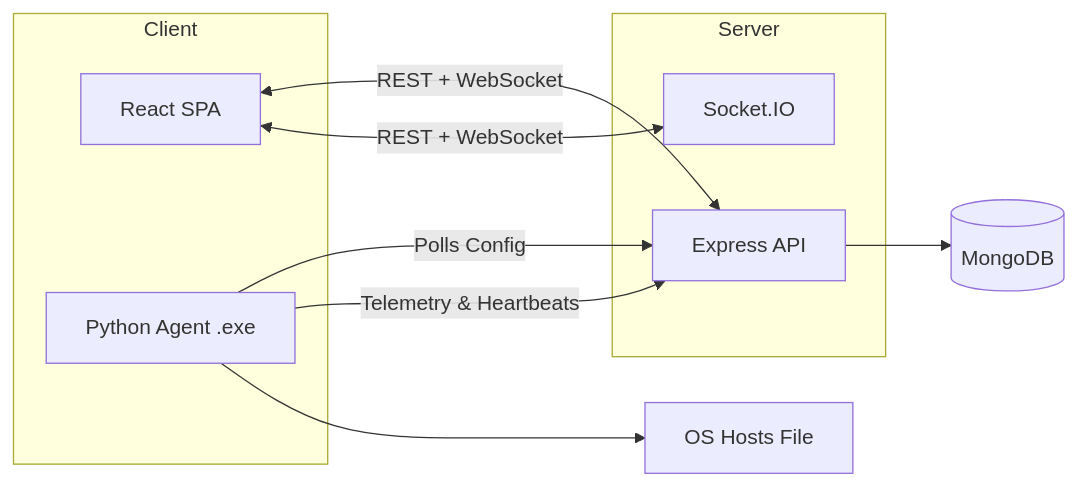
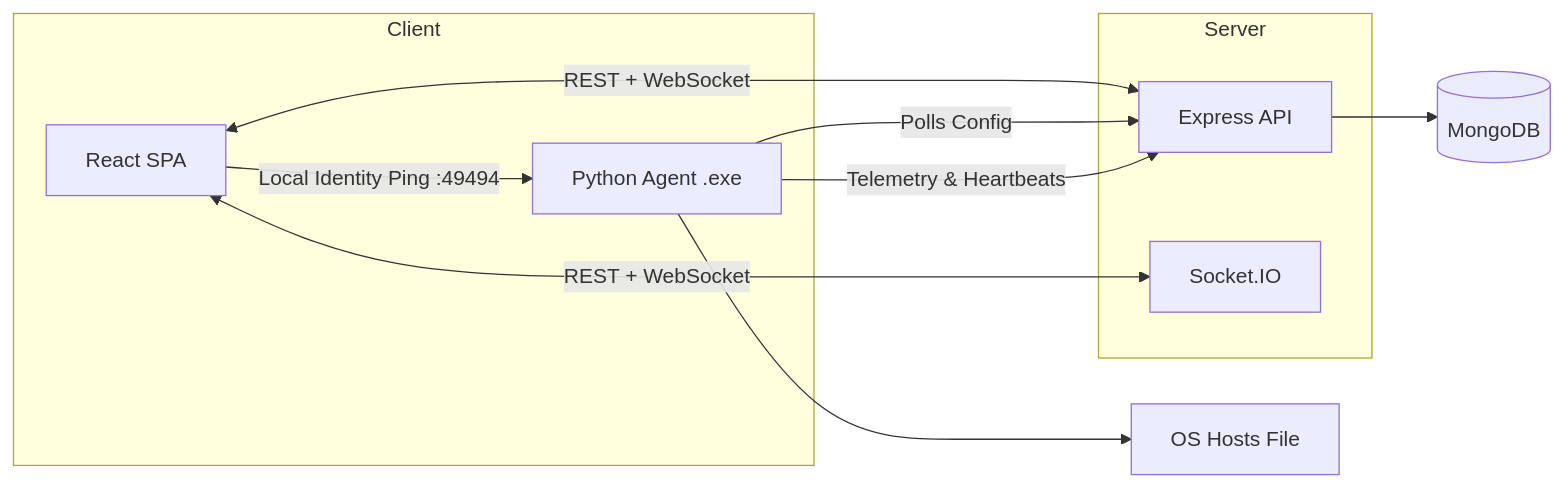
One commit to SanskarG-20/Academia-Shield changed the diagram in README.md. Above: the diagram before and after it, drawn with Mermaid. The commit also changed other lines of this file, not shown here.

Commit message:
docs: update README to reflect seamless shared lab pairing via localhost ping

````diff
--- a/README.md
+++ b/README.md
@@ -28,18 +29,19 @@
 ```mermaid
 flowchart LR
   subgraph Client
     WEB[React SPA]
     AGENT[Python Agent .exe]
   end
   subgraph Server
     API[Express API]
     SOCKET[Socket.IO]
   end
   DB[(MongoDB)]
   
   WEB <-->|REST + WebSocket| API & SOCKET
+  WEB -->|Local Identity Ping :49494| AGENT
   AGENT -->|Polls Config| API
   AGENT -->|Telemetry & Heartbeats| API
   API --> DB
   AGENT --> HOSTS[OS Hosts File]
 ```
````
